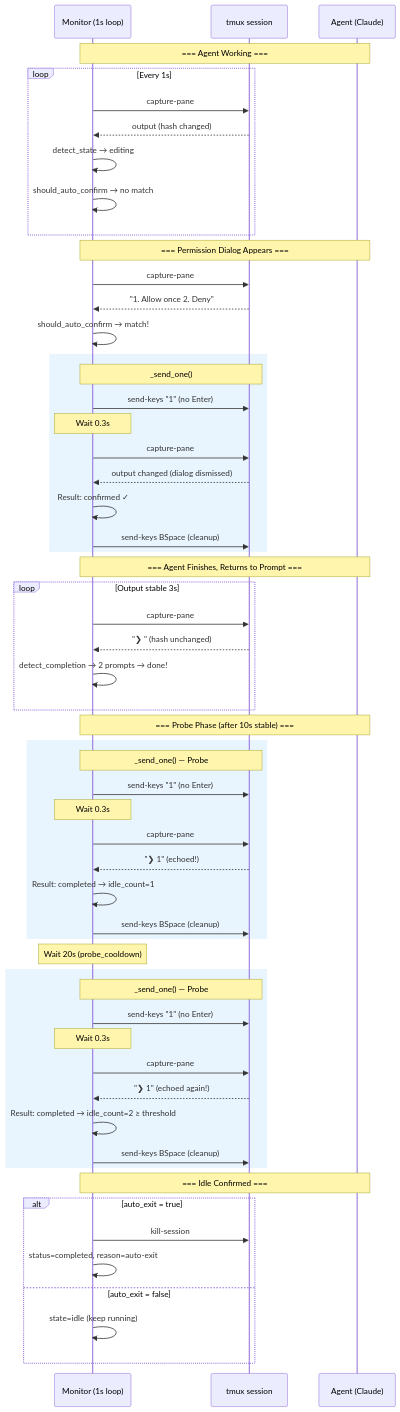
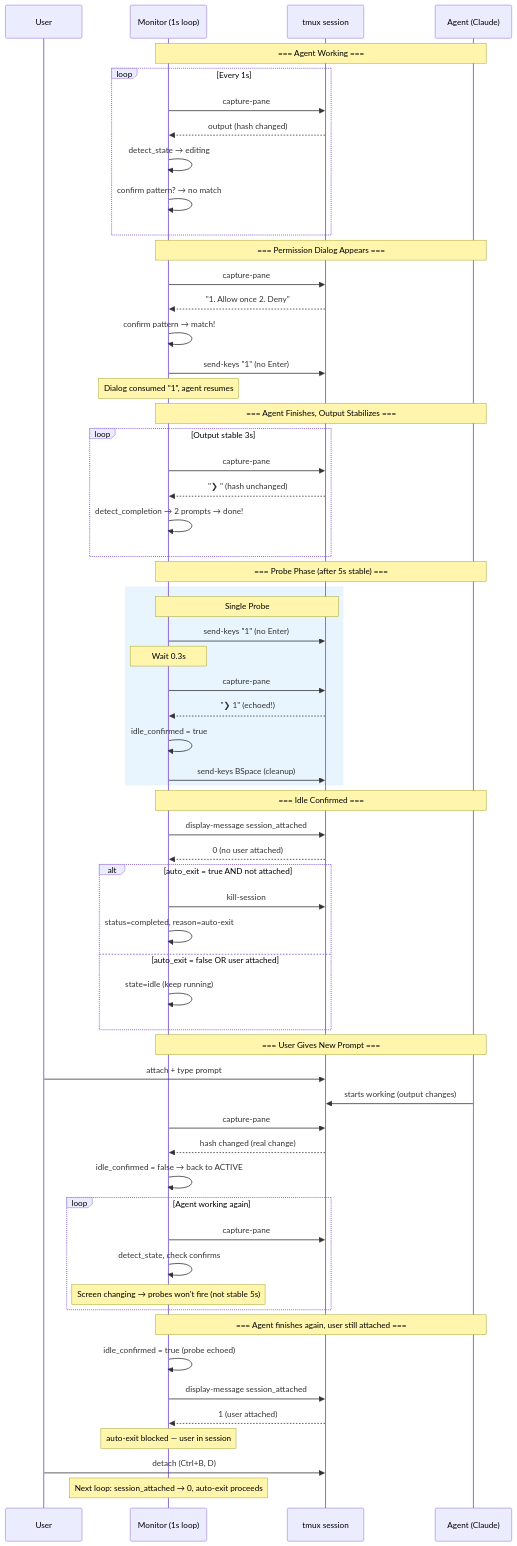
The eighth of 8 diagrams in docs/monitor-state-diagram.md (orlunix/cam), drawn with Mermaid before and after one commit. The commit also changed other lines of this file and 14 other files, not shown here.

First line of the commit message:
Fix NFS agent wipe, poller cross-contamination, attach for remote agents, bump to v61

````diff
--- a/docs/monitor-state-diagram.md
+++ b/docs/monitor-state-diagram.md
@@ -203,72 +300,79 @@
 ```mermaid
 sequenceDiagram
+    participant U as User
     participant M as Monitor (1s loop)
     participant T as tmux session
     participant A as Agent (Claude)
 
     Note over M,A: === Agent Working ===
 
     loop Every 1s
         M->>T: capture-pane
         T-->>M: output (hash changed)
         M->>M: detect_state → editing
-        M->>M: should_auto_confirm → no match
+        M->>M: confirm pattern? → no match
     end
 
     Note over M,A: === Permission Dialog Appears ===
 
     M->>T: capture-pane
     T-->>M: "1. Allow once  2. Deny"
-    M->>M: should_auto_confirm → match!
+    M->>M: confirm pattern → match!
+    M->>T: send-keys "1" (no Enter)
+    Note over M: Dialog consumed "1", agent resumes
 
-    rect rgb(33, 150, 243, 0.1)
-        Note over M,T: _send_one()
-        M->>T: send-keys "1" (no Enter)
-        Note over M: Wait 0.3s
-        M->>T: capture-pane
-        T-->>M: output changed (dialog dismissed)
-        M->>M: Result: confirmed ✓
-        M->>T: send-keys BSpace (cleanup)
-    end
-
-    Note over M,A: === Agent Finishes, Returns to Prompt ===
+    Note over M,A: === Agent Finishes, Output Stabilizes ===
 
     loop Output stable 3s
         M->>T: capture-pane
         T-->>M: "❯ " (hash unchanged)
         M->>M: detect_completion → 2 prompts → done!
     end
 
-    Note over M,A: === Probe Phase (after 10s stable) ===
+    Note over M,A: === Probe Phase (after 5s stable) ===
 
     rect rgb(33, 150, 243, 0.1)
-        Note over M,T: _send_one() — Probe #1
+        Note over M,T: Single Probe
         M->>T: send-keys "1" (no Enter)
         Note over M: Wait 0.3s
         M->>T: capture-pane
         T-->>M: "❯ 1" (echoed!)
-        M->>M: Result: completed → idle_count=1
-        M->>T: send-keys BSpace (cleanup)
-    end
-
-    Note over M: Wait 20s (probe_cooldown)
-
-    rect rgb(33, 150, 243, 0.1)
-        Note over M,T: _send_one() — Probe #2
-        M->>T: send-keys "1" (no Enter)
-        Note over M: Wait 0.3s
-        M->>T: capture-pane
-        T-->>M: "❯ 1" (echoed again!)
-        M->>M: Result: completed → idle_count=2 ≥ threshold
+        M->>M: idle_confirmed = true
         M->>T: send-keys BSpace (cleanup)
     end
 
     Note over M,A: === Idle Confirmed ===
 
-    alt auto_exit = true
+    M->>T: display-message session_attached
+    T-->>M: 0 (no user attached)
+
+    alt auto_exit = true AND not attached
         M->>T: kill-session
         M->>M: status=completed, reason=auto-exit
-    else auto_exit = false
+    else auto_exit = false OR user attached
         M->>M: state=idle (keep running)
     end
+
+    Note over M,A: === User Gives New Prompt ===
+
+    U->>T: attach + type prompt
+    A->>T: starts working (output changes)
+    M->>T: capture-pane
+    T-->>M: hash changed (real change)
+    M->>M: idle_confirmed = false → back to ACTIVE
+
+    loop Agent working again
+        M->>T: capture-pane
+        M->>M: detect_state, check confirms
+        Note over M: Screen changing → probes won't fire (not stable 5s)
+    end
+
+    Note over M,A: === Agent finishes again, user still attached ===
+    M->>M: idle_confirmed = true (probe echoed)
+    M->>T: display-message session_attached
+    T-->>M: 1 (user attached)
+    Note over M: auto-exit blocked — user in session
+
+    U->>T: detach (Ctrl+B, D)
+    Note over M: Next loop: session_attached → 0, auto-exit proceeds
 ```
````
